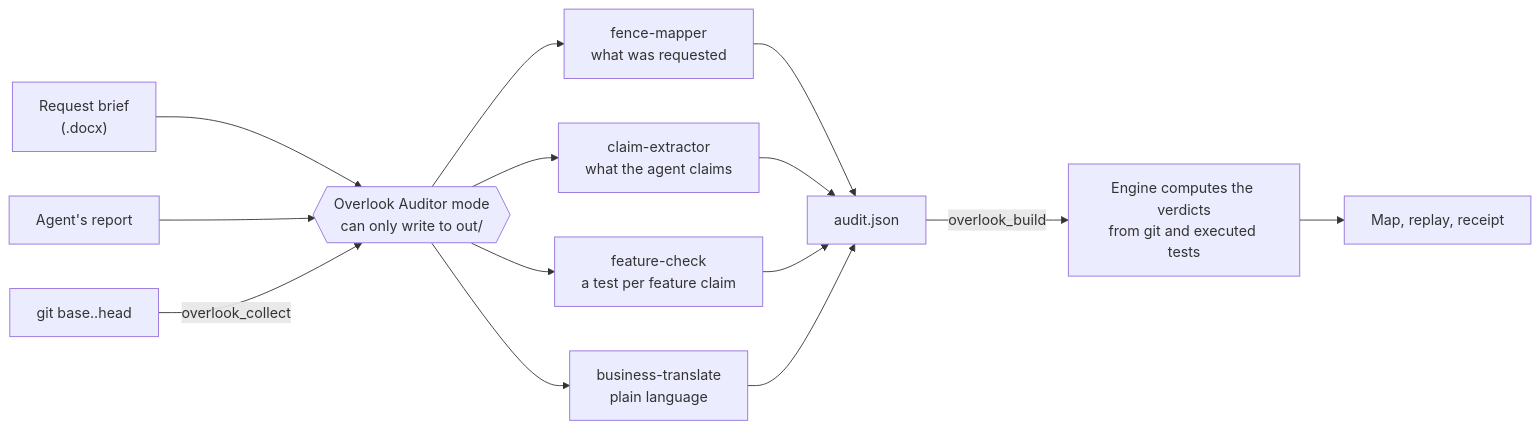
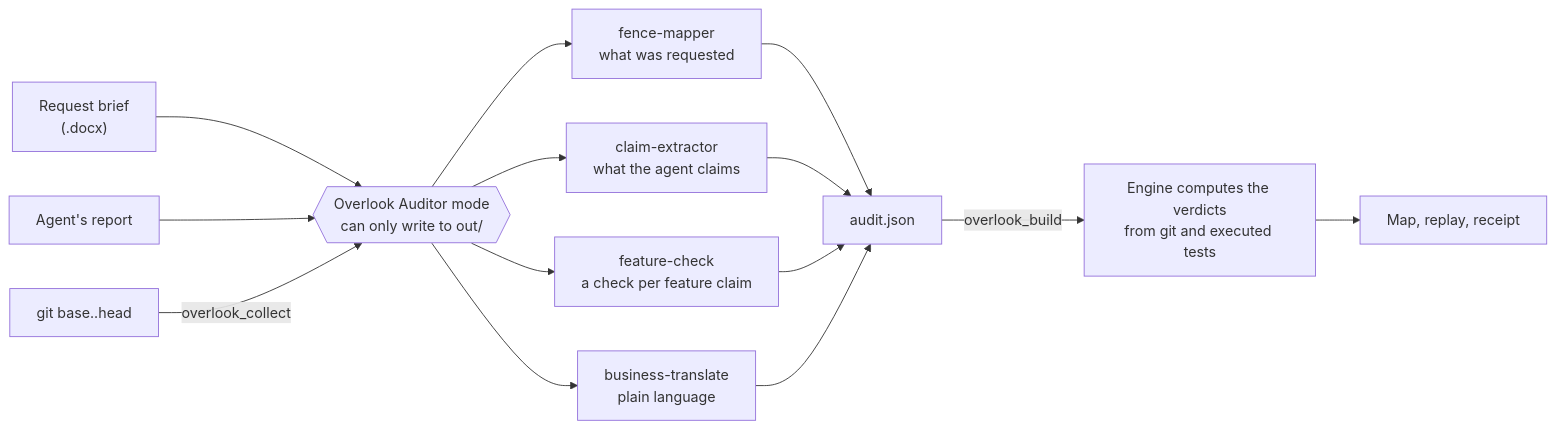
The first of 2 diagrams in README.md (JONGSKY/Overlook), drawn with Mermaid before and after one commit. The commit also changed other lines of this file and 4 other files, not shown here.

````diff
--- a/README.md
+++ b/README.md
@@ -79,14 +81,14 @@
 ```mermaid
 flowchart LR
   brief["Request brief<br/>(.docx)"] --> auditor
   report["Agent's report"] --> auditor
   git["git base..head"] -->|overlook_collect| auditor
   auditor{{"Overlook Auditor mode<br/>can only write to out/"}}
   auditor --> s1["fence-mapper<br/>what was requested"]
   auditor --> s2["claim-extractor<br/>what the agent claims"]
-  auditor --> s3["feature-check<br/>a test per feature claim"]
+  auditor --> s3["feature-check<br/>a check per feature claim"]
   auditor --> s4["business-translate<br/>plain language"]
   s1 & s2 & s3 & s4 --> audit["audit.json"]
   audit -->|overlook_build| engine["Engine computes the verdicts<br/>from git and executed tests"]
   engine --> map["Map, replay, receipt"]
 ```
````
